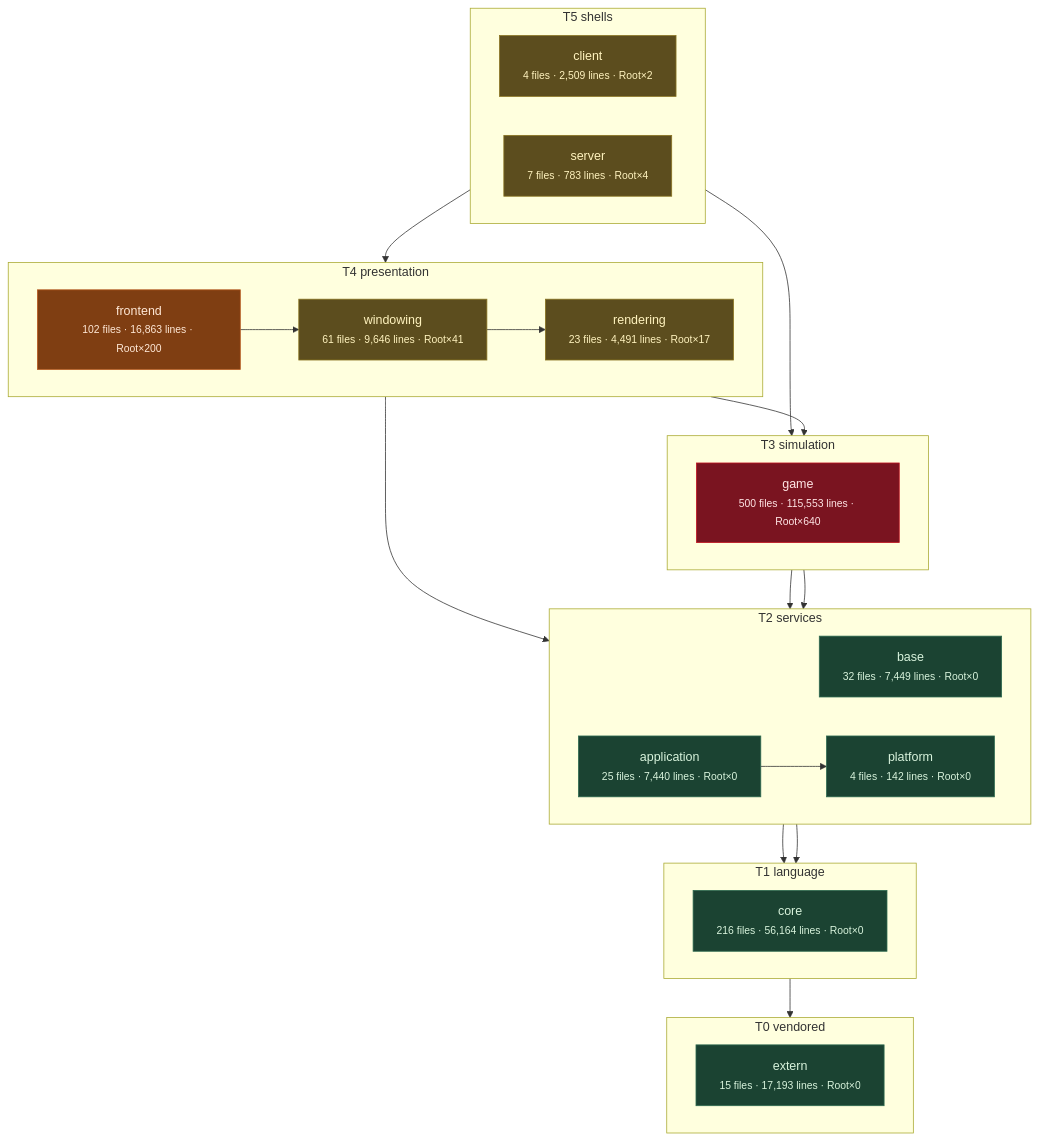
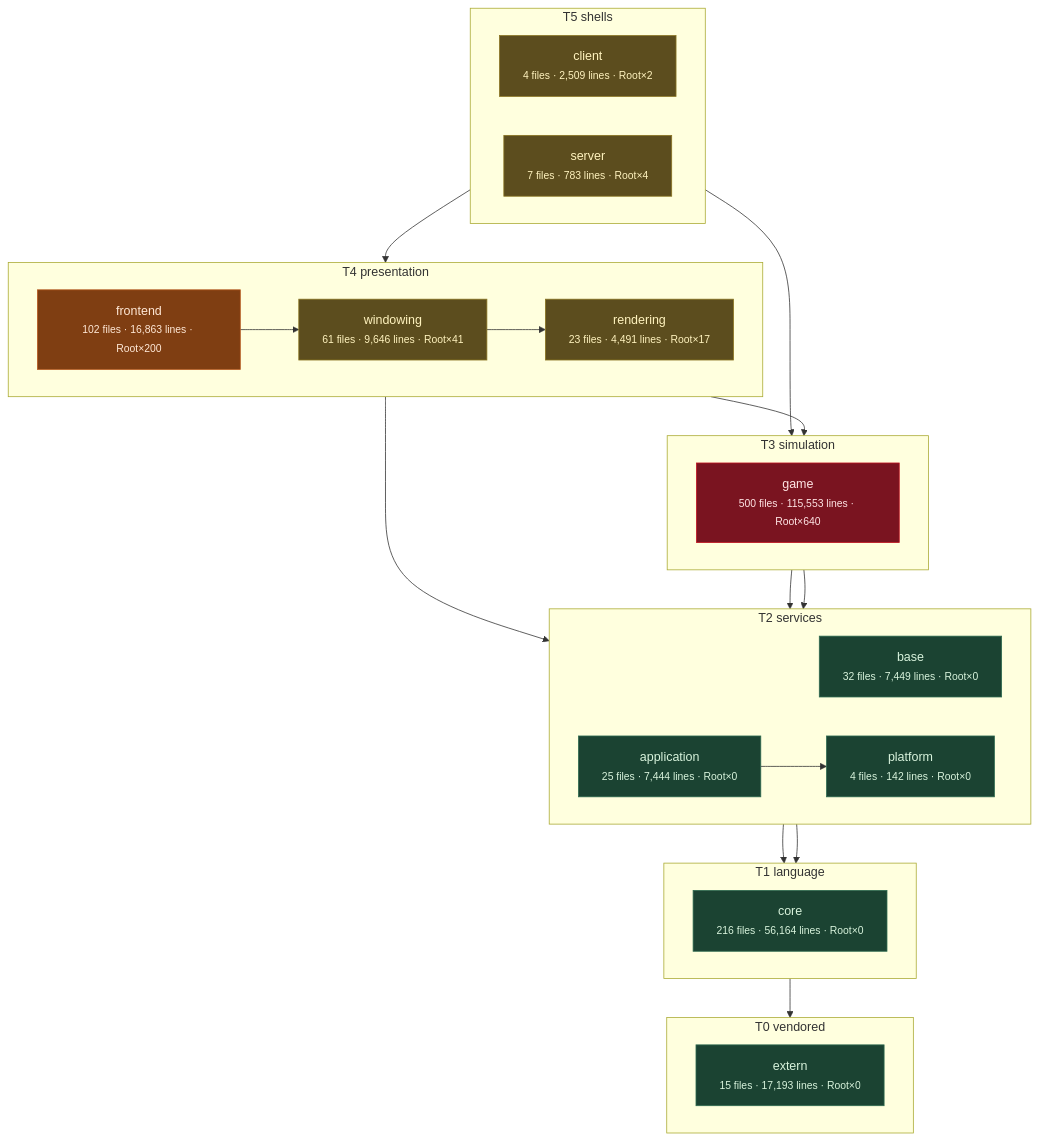
The third of 11 diagrams in docs/architecture/system-boundaries.md (apnex/OpenStarbound), drawn with Mermaid before and after one commit. The commit also changed other lines of this file and 2 other files, not shown here.

````diff
--- a/docs/architecture/system-boundaries.md
+++ b/docs/architecture/system-boundaries.md
@@ -270,52 +270,52 @@
 ```mermaid
 flowchart TD
   subgraph T0["T0 vendored"]
     direction LR
     extern["extern<br/><small>15 files · 17,193 lines · Root×0</small>"]
   end
   subgraph T1["T1 language"]
     direction LR
     core["core<br/><small>216 files · 56,164 lines · Root×0</small>"]
   end
   subgraph T2["T2 services"]
     direction LR
     base["base<br/><small>32 files · 7,449 lines · Root×0</small>"]
     platform["platform<br/><small>4 files · 142 lines · Root×0</small>"]
-    application["application<br/><small>25 files · 7,440 lines · Root×0</small>"]
+    application["application<br/><small>25 files · 7,444 lines · Root×0</small>"]
   end
   subgraph T3["T3 simulation"]
     direction LR
     game["game<br/><small>500 files · 115,553 lines · Root×640</small>"]
   end
   subgraph T4["T4 presentation"]
     direction LR
     rendering["rendering<br/><small>23 files · 4,491 lines · Root×17</small>"]
     windowing["windowing<br/><small>61 files · 9,646 lines · Root×41</small>"]
     frontend["frontend<br/><small>102 files · 16,863 lines · Root×200</small>"]
   end
   subgraph T5["T5 shells"]
     direction LR
     client["client<br/><small>4 files · 2,509 lines · Root×2</small>"]
     server["server<br/><small>7 files · 783 lines · Root×4</small>"]
   end
   core --> extern
   base --> core
   platform --> core
   application --> platform
   game --> base
   game --> platform
   rendering --> application
   rendering --> game
   windowing --> rendering
   frontend --> windowing
   client --> frontend
   server --> game
   classDef clean fill:#1b4332,stroke:#2d6a4f,color:#d8f3dc
   classDef warm  fill:#5c4d1e,stroke:#8a7420,color:#fff3bf
   classDef hot   fill:#7f3e12,stroke:#b5561b,color:#ffe8d6
   classDef blaze fill:#7a1420,stroke:#c1121f,color:#ffe5e5
   class extern,core,base,platform,application clean
   class rendering,windowing,client,server warm
   class frontend hot
   class game blaze
 ```
````
